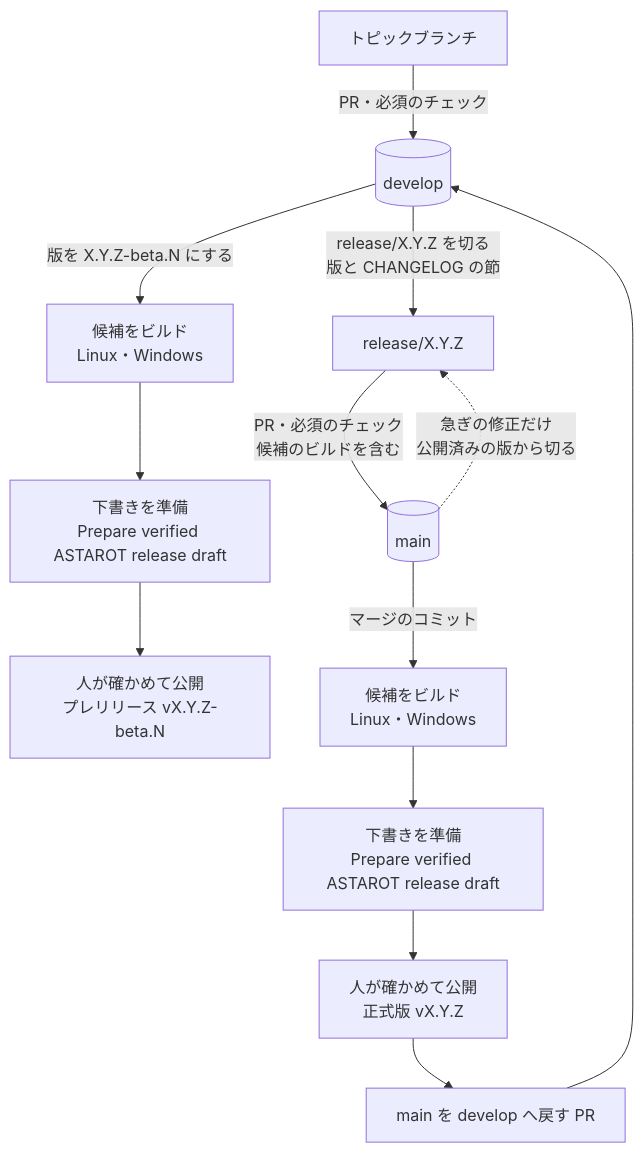
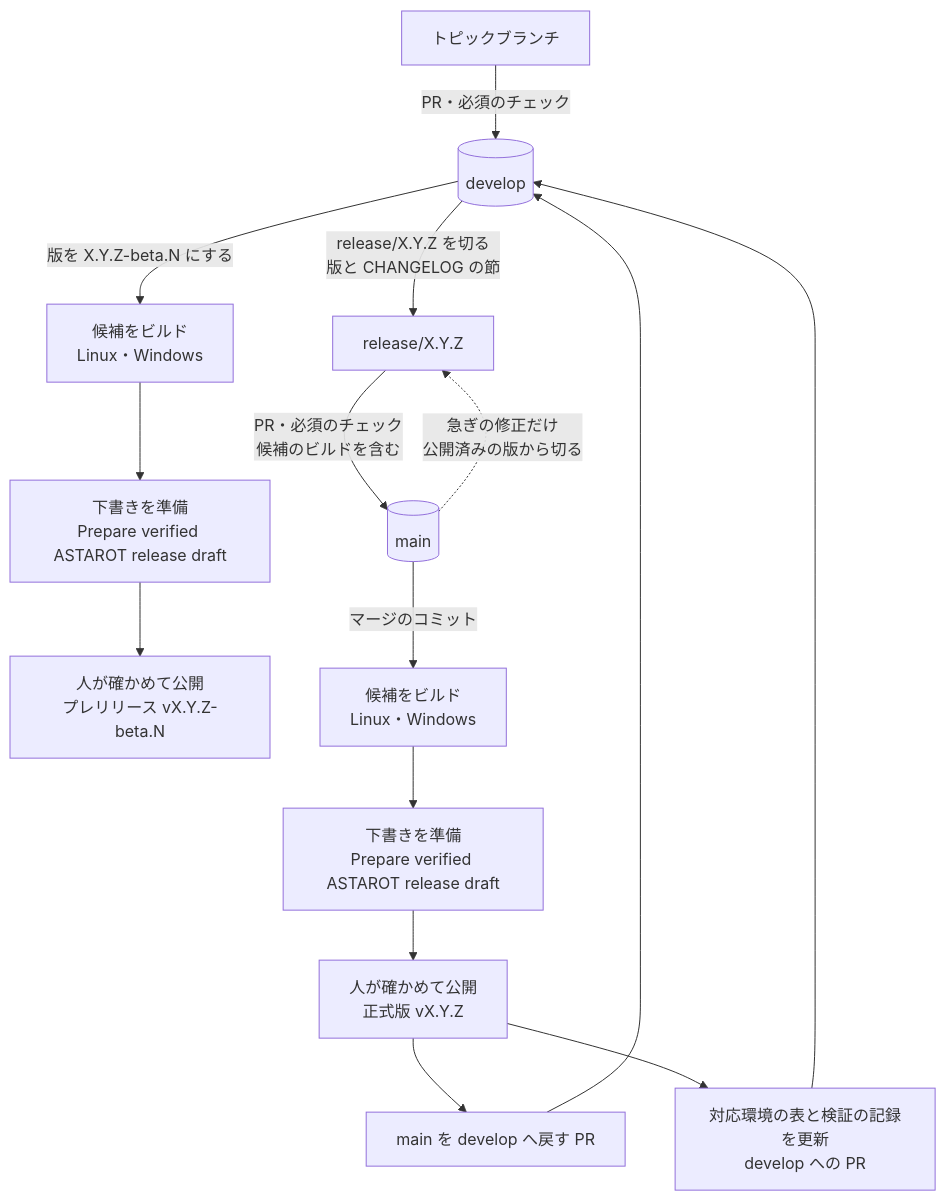
The diagram in docs/voice-stack/release-candidates.md (kein5/astarot), drawn with Mermaid before and after one commit. The commit also changed other lines of this file and 3 other files, not shown here.

````diff
--- a/docs/voice-stack/release-candidates.md
+++ b/docs/voice-stack/release-candidates.md
@@ -7,17 +7,19 @@
 ```mermaid
 flowchart TD
     topic["トピックブランチ"] -->|"PR・必須のチェック"| develop[("develop")]
 
     develop -->|"版を X.Y.Z-beta.N にする"| betaBuild["候補をビルド<br>Linux・Windows"]
     betaBuild --> betaDraft["下書きを準備<br>Prepare verified ASTAROT release draft"]
     betaDraft --> betaPublish["人が確かめて公開<br>プレリリース vX.Y.Z-beta.N"]
 
     develop -->|"release/X.Y.Z を切る<br>版と CHANGELOG の節"| release["release/X.Y.Z"]
     main[("main")] -.->|"急ぎの修正だけ<br>公開済みの版から切る"| release
     release -->|"PR・必須のチェック<br>候補のビルドを含む"| main
     main -->|"マージのコミット"| stableBuild["候補をビルド<br>Linux・Windows"]
     stableBuild --> stableDraft["下書きを準備<br>Prepare verified ASTAROT release draft"]
     stableDraft --> stablePublish["人が確かめて公開<br>正式版 vX.Y.Z"]
     stablePublish --> back["main を develop へ戻す PR"]
     back --> develop
+    stablePublish --> matrix["対応環境の表と検証の記録を更新<br>develop への PR"]
+    matrix --> develop
 ```
````
